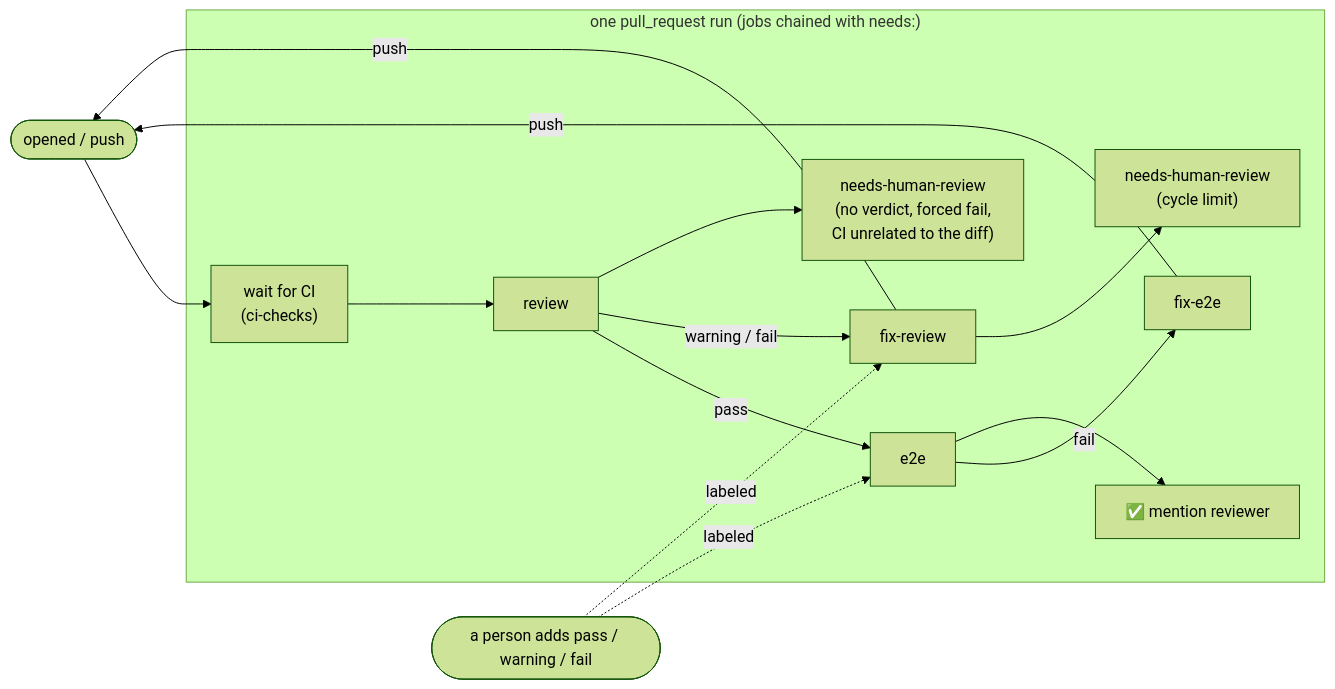
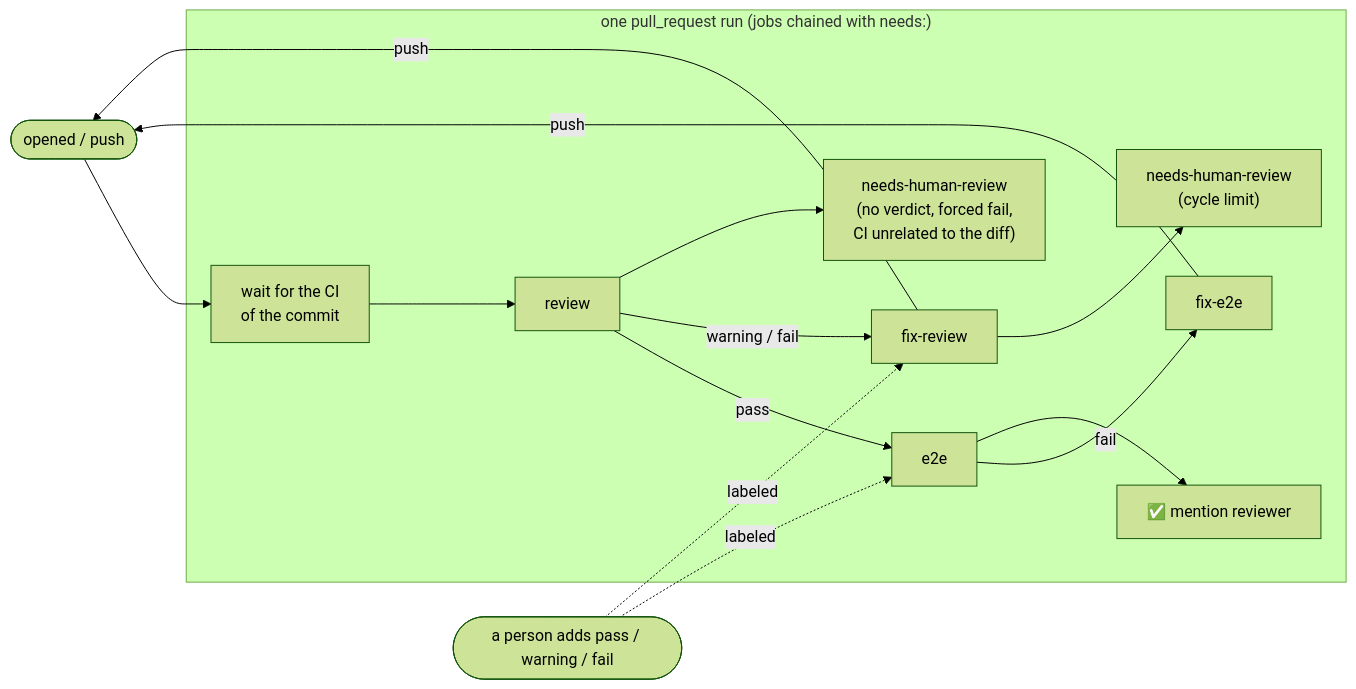
The second of 2 diagrams in docs/architecture.md (jmformenti/patufet), drawn with Mermaid (forest theme) before and after one commit. The commit also changed other lines of this file and 27 other files, not shown here.

````diff
--- a/docs/architecture.md
+++ b/docs/architecture.md
@@ -48,17 +48,17 @@
 ```mermaid
 flowchart LR
-    trigger(["opened / push"]) --> wait["wait for CI<br/>(ci-checks)"]
+    trigger(["opened / push"]) --> wait["wait for the CI<br/>of the commit"]
     subgraph run["one pull_request run (jobs chained with needs:)"]
         wait --> review
         review -->|pass| e2e
         review -->|warning / fail| fix[fix-review]
         e2e -->|fail| fixe2e[fix-e2e]
         e2e --> ok["✅ mention reviewer"]
         review --> nhr["needs-human-review<br/>(no verdict, forced fail,<br/>CI unrelated to the diff)"]
         fix --> nhrc["needs-human-review<br/>(cycle limit)"]
     end
     fix -->|push| trigger
     fixe2e -->|push| trigger
     human(["a person adds pass / warning / fail"]) -.->|labeled| e2e
     human -.->|labeled| fix
 ```
````
